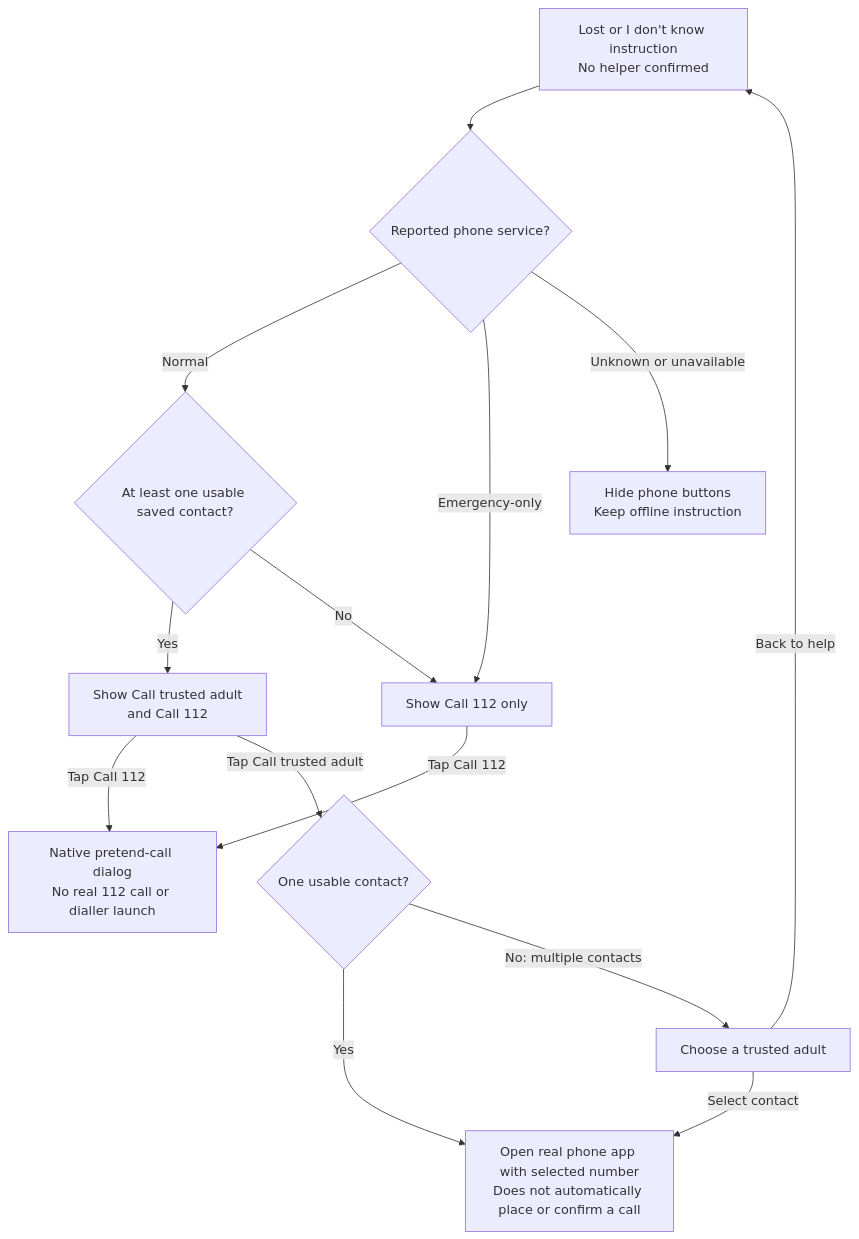
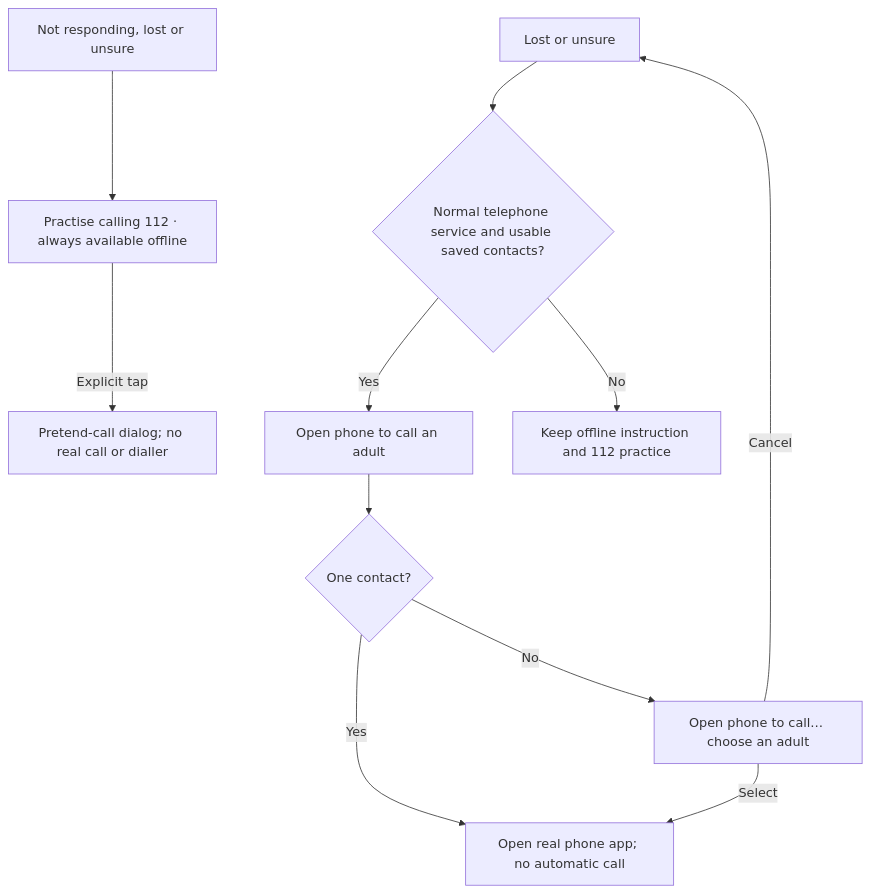
Before and after one commit to Mighty683/hackyeah: the third of 3 diagrams in docs/I_NEED_HELP_DECISION_DIAGRAM.md, drawn with Mermaid. The commit also changed other lines of this file and 101 other files, not shown here.

````diff
--- a/docs/I_NEED_HELP_DECISION_DIAGRAM.md
+++ b/docs/I_NEED_HELP_DECISION_DIAGRAM.md
@@ -77,27 +50,13 @@
 ```mermaid
 flowchart TD
-    INSTRUCTION["Lost or I don't know instruction<br/>No helper confirmed"]
-    SERVICE{"Reported phone service?"}
-    CONTACTS{"At least one usable saved contact?"}
-    BOTH["Show Call trusted adult<br/>and Call 112"]
-    EMERGENCY["Show Call 112 only"]
-    NONE["Hide phone buttons<br/>Keep offline instruction"]
-    MOCK["Native pretend-call dialog<br/>No real 112 call or dialler launch"]
-    COUNT{"One usable contact?"}
-    PICK["Choose a trusted adult"]
-    PHONE["Open real phone app with selected number<br/>Does not automatically place or confirm a call"]
-
-    INSTRUCTION --> SERVICE
-    SERVICE -->|Normal| CONTACTS
-    SERVICE -->|Emergency-only| EMERGENCY
-    SERVICE -->|Unknown or unavailable| NONE
-    CONTACTS -->|Yes| BOTH
-    CONTACTS -->|No| EMERGENCY
-    BOTH -->|Tap Call 112| MOCK
-    EMERGENCY -->|Tap Call 112| MOCK
-    BOTH -->|Tap Call trusted adult| COUNT
-    COUNT -->|Yes| PHONE
-    COUNT -->|No: multiple contacts| PICK
-    PICK -->|Select contact| PHONE
-    PICK -->|Back to help| INSTRUCTION
+    INSTRUCTION["Not responding, lost or unsure"] --> PRACTICE["Practise calling 112 · always available offline"]
+    PRACTICE -->|Explicit tap| MOCK["Pretend-call dialog; no real call or dialler"]
+    LOST["Lost or unsure"] --> SERVICE{"Normal telephone service and usable saved contacts?"}
+    SERVICE -->|Yes| CONTACT["Open phone to call an adult"]
+    SERVICE -->|No| OFFLINE["Keep offline instruction and 112 practice"]
+    CONTACT --> COUNT{"One contact?"}
+    COUNT -->|Yes| PHONE["Open real phone app; no automatic call"]
+    COUNT -->|No| PICK["Open phone to call… choose an adult"]
+    PICK -->|Select| PHONE
+    PICK -->|Cancel| LOST
 ```
````
